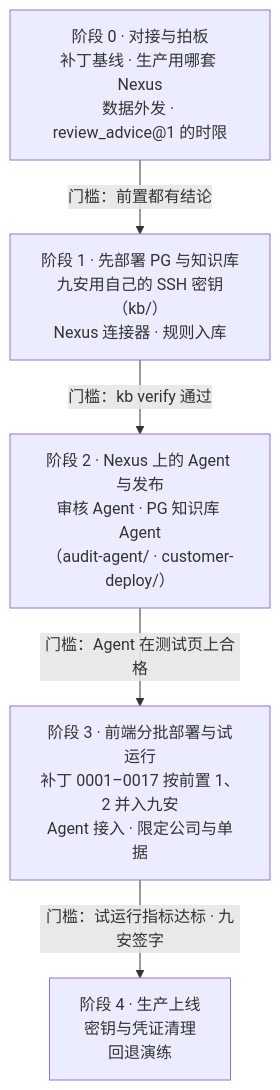
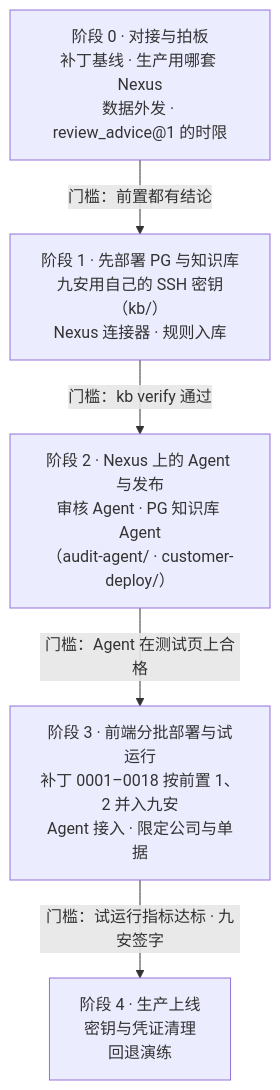
The diagram in docs/assets/diagrams/rollout-phases.mmd (LiboMa/nexus-jiuan-agent-framework-poc), drawn with Mermaid before and after one commit. The commit also changed 24 other files, not shown here.

```diff
--- a/docs/assets/diagrams/rollout-phases.mmd
+++ b/docs/assets/diagrams/rollout-phases.mmd
@@ -1,14 +1,14 @@
 flowchart TB
   p0["阶段 0 · 对接与拍板<br/>补丁基线 · 生产用哪套 Nexus<br/>数据外发 · review_advice@1 的时限"]
   p1["阶段 1 · 先部署 PG 与知识库<br/>九安用自己的 SSH 密钥（kb/）<br/>Nexus 连接器 · 规则入库"]
   p2["阶段 2 · Nexus 上的 Agent 与发布<br/>审核 Agent · PG 知识库 Agent<br/>（audit-agent/ · customer-deploy/）"]
-  p3["阶段 3 · 前端分批部署与试运行<br/>补丁 0001–0017 按前置 1、2 并入九安<br/>Agent 接入 · 限定公司与单据"]
+  p3["阶段 3 · 前端分批部署与试运行<br/>补丁 0001–0018 按前置 1、2 并入九安<br/>Agent 接入 · 限定公司与单据"]
   p4["阶段 4 · 生产上线<br/>密钥与凭证清理<br/>回退演练"]
   p0 -- "门槛：前置都有结论" --> p1
   p1 -- "门槛：kb verify 通过" --> p2
   p2 -- "门槛：Agent 在测试页上合格" --> p3
   p3 -- "门槛：试运行指标达标 · 九安签字" --> p4
   class p0 warn
   class p1,p2 poc
   class p3 jiuan
   class p4 good
```
